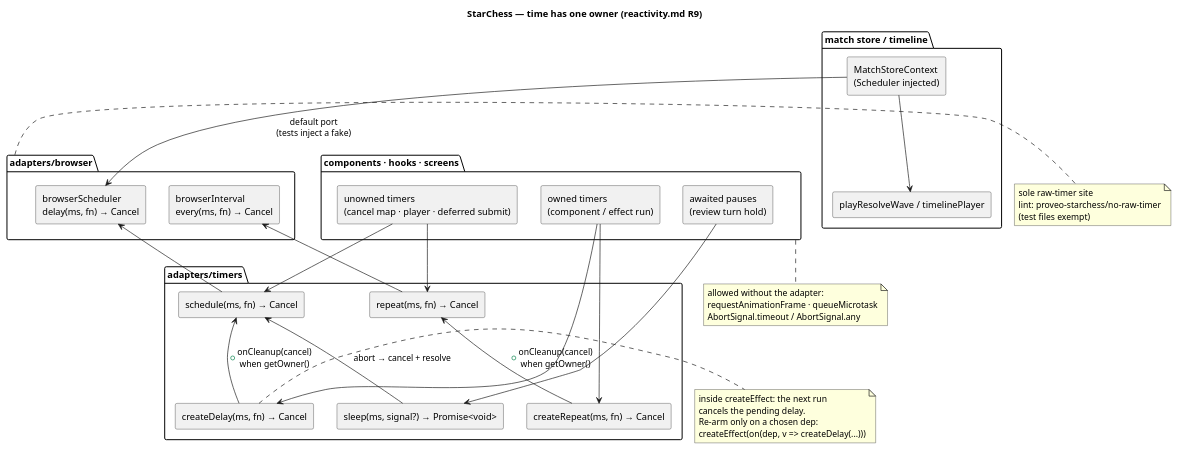
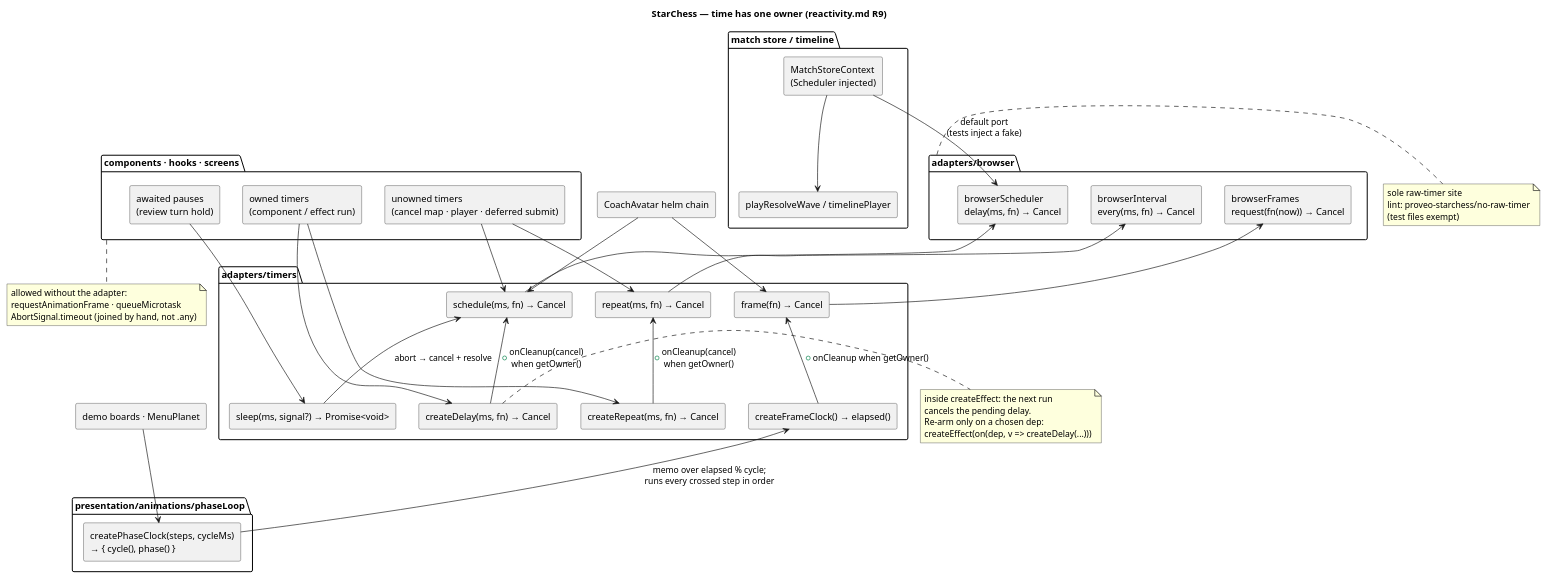
Before and after one commit to proveo-ca/chess-coach: the diagram in _spec/apps/starchess/architecture/timers.puml, drawn with PlantUML. The commit also changed 66 other files, not shown here.

```diff
--- a/_spec/apps/starchess/architecture/timers.puml
+++ b/_spec/apps/starchess/architecture/timers.puml
@@ -1,64 +1,79 @@
 @startuml timers
 title StarChess — time has one owner (reactivity.md R9)
 
 skinparam componentStyle rectangle
 skinparam shadowing false
 
 package "adapters/browser" as browser {
   [browserScheduler\ndelay(ms, fn) → Cancel] as bs
   [browserInterval\nevery(ms, fn) → Cancel] as bi
+  [browserFrames\nrequest(fn(now)) → Cancel] as bf
 }
 
 package "adapters/timers" as timers {
   [schedule(ms, fn) → Cancel] as sch
   [repeat(ms, fn) → Cancel] as rep
   [createDelay(ms, fn) → Cancel] as cd
   [createRepeat(ms, fn) → Cancel] as cr
   [sleep(ms, signal?) → Promise<void>] as slp
+  [frame(fn) → Cancel] as frm
+  [createFrameClock() → elapsed()] as fc
+}
+
+package "presentation/animations/phaseLoop" as pl {
+  [createPhaseClock(steps, cycleMs)\n→ { cycle(), phase() }] as pc
 }
 
 package "match store / timeline" as tl {
   [MatchStoreContext\n(Scheduler injected)] as msc
   [playResolveWave / timelinePlayer] as prw
 }
 
 package "components · hooks · screens" as ui {
   [owned timers\n(component / effect run)] as own
   [unowned timers\n(cancel map · player · deferred submit)] as unown
   [awaited pauses\n(review turn hold)] as await
 }
 
 bs <-- sch
 bi <-- rep
 sch <-- cd : + onCleanup(cancel)\nwhen getOwner()
 rep <-- cr : + onCleanup(cancel)\nwhen getOwner()
 sch <-- slp : abort → cancel + resolve
+bf <-- frm
+frm <-- fc : + onCleanup when getOwner()
+fc <-- pc : memo over elapsed % cycle;\nruns every crossed step in order
 
 msc --> bs : default port\n(tests inject a fake)
 msc --> prw
 
 own --> cd
 own --> cr
 unown --> sch
 unown --> rep
 await --> slp
+[demo boards · MenuPlanet] as demos
+demos --> pc
+[CoachAvatar helm chain] as helm
+helm --> frm
+helm --> sch
 
 note right of browser
   sole raw-timer site
   lint: proveo-starchess/no-raw-timer
   (test files exempt)
 end note
 
 note bottom of ui
   allowed without the adapter:
   requestAnimationFrame · queueMicrotask
-  AbortSignal.timeout / AbortSignal.any
+  AbortSignal.timeout (joined by hand, not .any)
 end note
 
 note right of cd
   inside createEffect: the next run
   cancels the pending delay.
   Re-arm only on a chosen dep:
   createEffect(on(dep, v => createDelay(...)))
 end note
 @enduml
```
